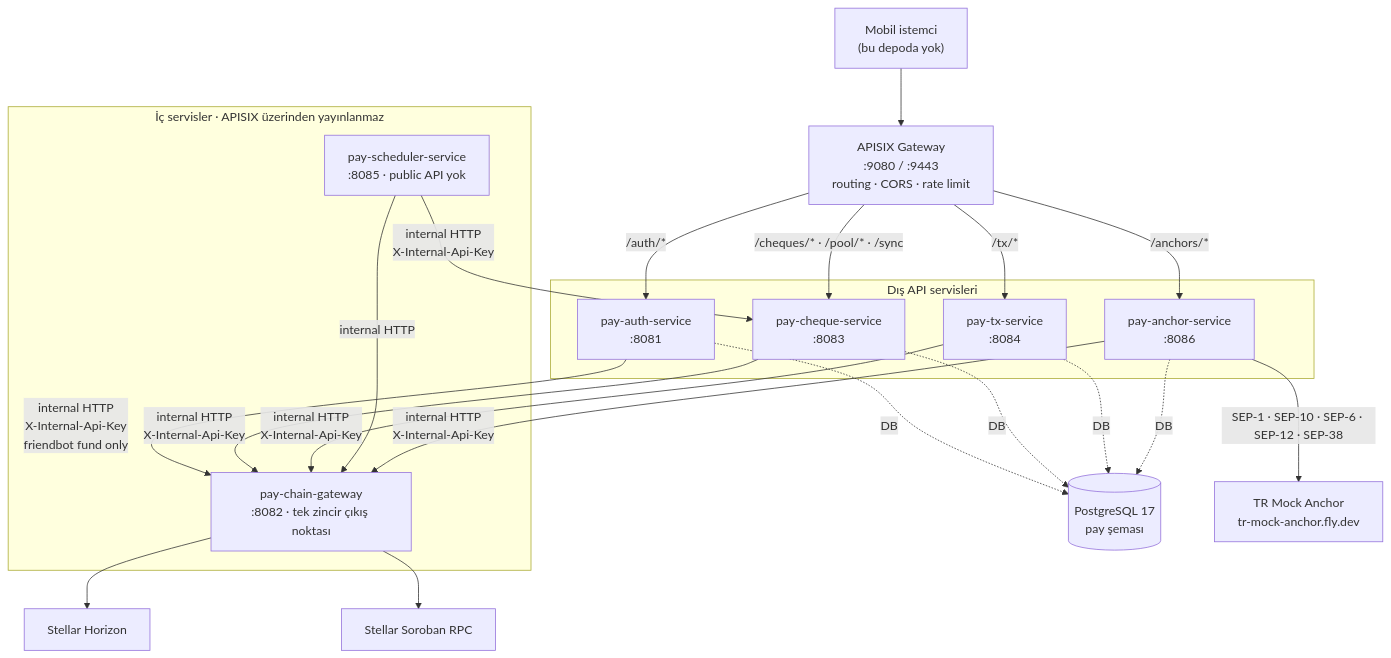
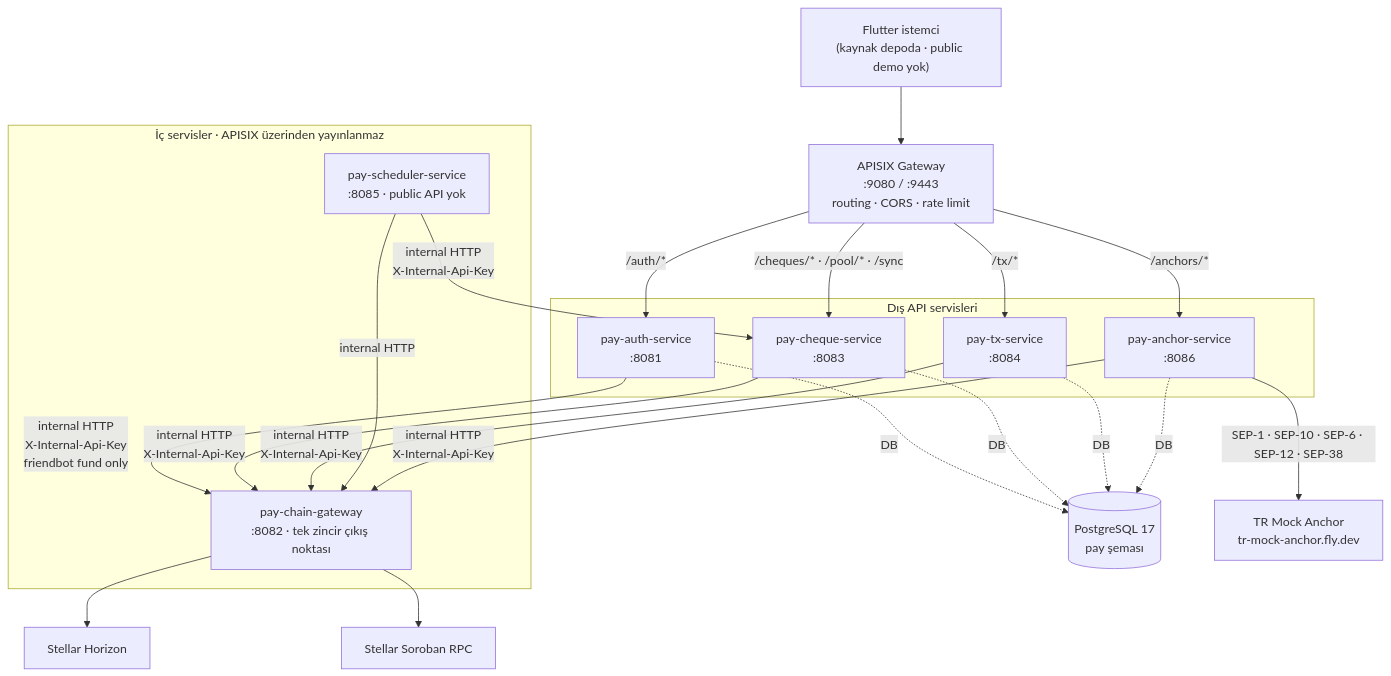
One commit to buraksal52/ghoStellar changed the first of 3 diagrams in docs/reference/platform/architecture.md. Above: the diagram before and after it, drawn with Mermaid. The commit also changed other lines of this file and 7 other files, not shown here.

````diff
--- a/docs/reference/platform/architecture.md
+++ b/docs/reference/platform/architecture.md
@@ -17,36 +17,36 @@
 ```mermaid
 flowchart TB
-    client["Mobil istemci<br/>(bu depoda yok)"]
+    client["Flutter istemci<br/>(kaynak depoda · public demo yok)"]
     edge["APISIX Gateway<br/>:9080 / :9443<br/>routing · CORS · rate limit"]
     client --> edge
 
     subgraph api["Dış API servisleri"]
       auth["pay-auth-service<br/>:8081"]
       cheque["pay-cheque-service<br/>:8083"]
       tx["pay-tx-service<br/>:8084"]
       anchor["pay-anchor-service<br/>:8086"]
     end
     edge -->|/auth/*| auth
     edge -->|/cheques/* · /pool/* · /sync| cheque
     edge -->|/tx/*| tx
     edge -->|/anchors/*| anchor
 
     subgraph internal["İç servisler · APISIX üzerinden yayınlanmaz"]
       scheduler["pay-scheduler-service<br/>:8085 · public API yok"]
       chain["pay-chain-gateway<br/>:8082 · tek zincir çıkış noktası"]
     end
     auth -. "DB" .-> db[("PostgreSQL 17<br/>pay şeması")]
     cheque -. "DB" .-> db
     tx -. "DB" .-> db
     anchor -. "DB" .-> db
     auth -->|internal HTTP<br/>X-Internal-Api-Key<br/>friendbot fund only| chain
     cheque -->|internal HTTP<br/>X-Internal-Api-Key| chain
     tx -->|internal HTTP<br/>X-Internal-Api-Key| chain
     scheduler -->|internal HTTP| chain
     scheduler -->|internal HTTP<br/>X-Internal-Api-Key| cheque
     anchor -->|internal HTTP<br/>X-Internal-Api-Key| chain
 
     chain --> horizon["Stellar Horizon"]
     chain --> rpc["Stellar Soroban RPC"]
     anchor -->|SEP-1 · SEP-10 · SEP-6 · SEP-12 · SEP-38| mock["TR Mock Anchor<br/>tr-mock-anchor.fly.dev"]
 ```
````
